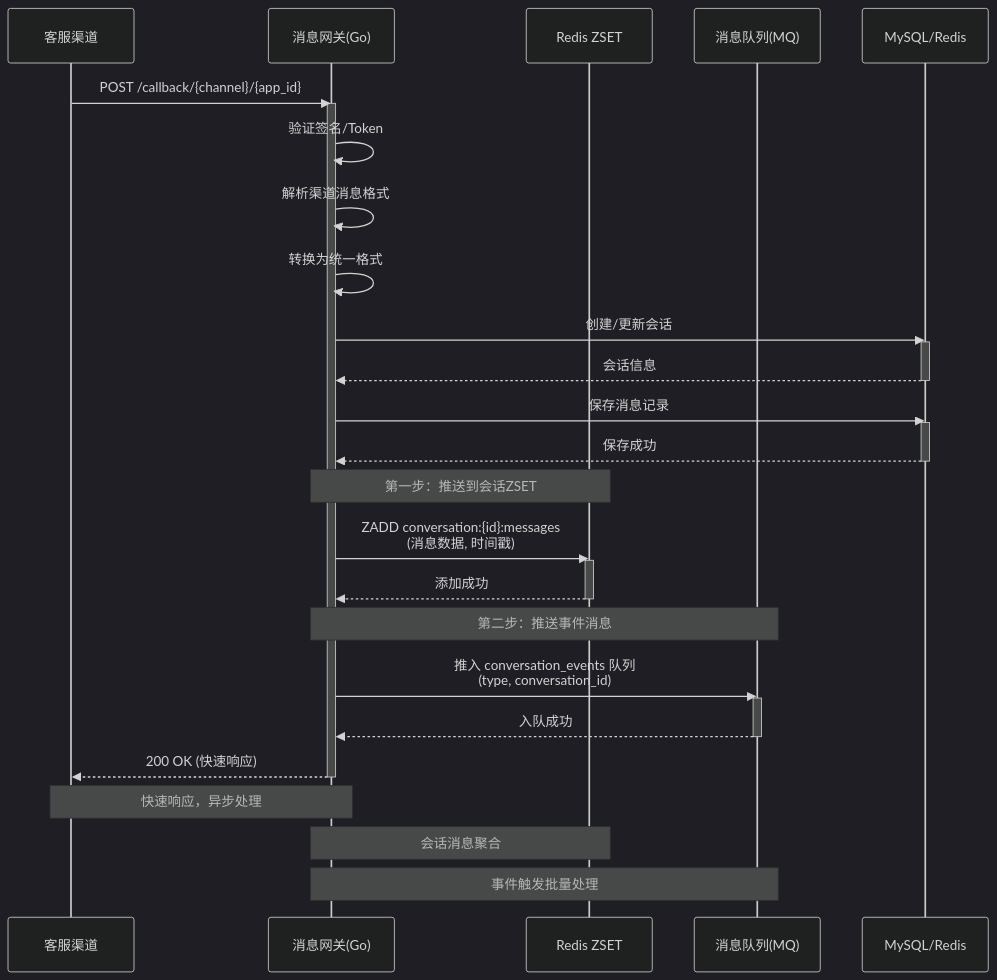
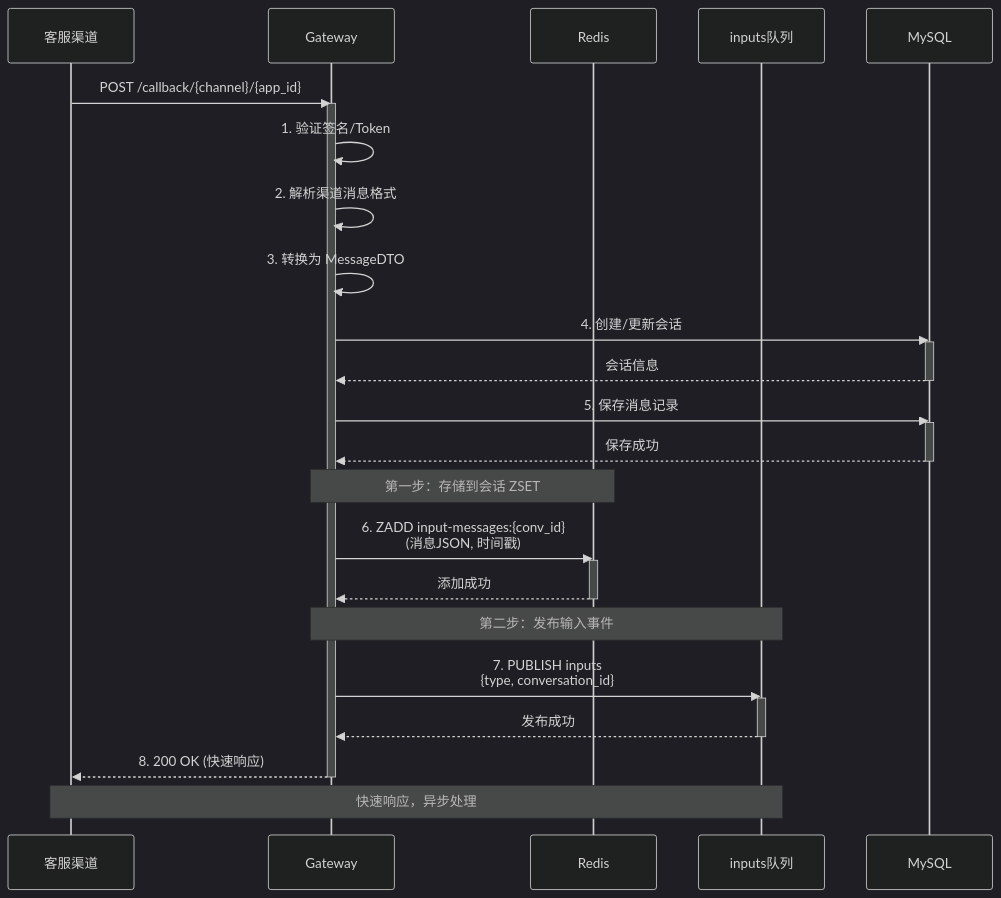
The fourth of 18 diagrams in docs/requirements.md (liushoukun/huizhida-chatbot), drawn with Mermaid (dark theme) before and after one commit. The commit also changed other lines of this file and 33 other files, not shown here.

````diff
--- a/docs/requirements.md
+++ b/docs/requirements.md
@@ -422,41 +478,41 @@
 ```mermaid
 sequenceDiagram
-    participant P as 客服渠道
-    participant G as 消息网关(Go)
-    participant R as Redis ZSET
-    participant Q as 消息队列(MQ)
-    participant S as MySQL/Redis
+    participant C as 客服渠道
+    participant G as Gateway
+    participant R as Redis
+    participant Q as inputs队列
+    participant DB as MySQL
 
-    P->>G: POST /callback/{channel}/{app_id}
+    C->>G: POST /callback/{channel}/{app_id}
     activate G
-    G->>G: 验证签名/Token
-    G->>G: 解析渠道消息格式
-    G->>G: 转换为统一格式
-    G->>S: 创建/更新会话
-    activate S
-    S-->>G: 会话信息
-    deactivate S
-    G->>S: 保存消息记录
-    activate S
-    S-->>G: 保存成功
-    deactivate S
+    G->>G: 1. 验证签名/Token
+    G->>G: 2. 解析渠道消息格式
+    G->>G: 3. 转换为 MessageDTO
     
-    Note over G,R: 第一步：推送到会话ZSET
-    G->>R: ZADD conversation:{id}:messages<br/>(消息数据, 时间戳)
+    G->>DB: 4. 创建/更新会话
+    activate DB
+    DB-->>G: 会话信息
+    deactivate DB
+    
+    G->>DB: 5. 保存消息记录
+    activate DB
+    DB-->>G: 保存成功
+    deactivate DB
+    
+    Note over G,R: 第一步：存储到会话 ZSET
+    G->>R: 6. ZADD input-messages:{conv_id}<br/>(消息JSON, 时间戳)
     activate R
     R-->>G: 添加成功
     deactivate R
     
-    Note over G,Q: 第二步：推送事件消息
-    G->>Q: 推入 conversation_events 队列<br/>(type, conversation_id)
+    Note over G,Q: 第二步：发布输入事件
+    G->>Q: 7. PUBLISH inputs<br/>{type, conversation_id}
     activate Q
-    Q-->>G: 入队成功
+    Q-->>G: 发布成功
     deactivate Q
     
-    G-->>P: 200 OK (快速响应)
+    G-->>C: 8. 200 OK (快速响应)
     deactivate G
 
-    Note over P,G: 快速响应，异步处理
-    Note over G,R: 会话消息聚合
-    Note over G,Q: 事件触发批量处理
+    Note over C,Q: 快速响应，异步处理
 ```
````
